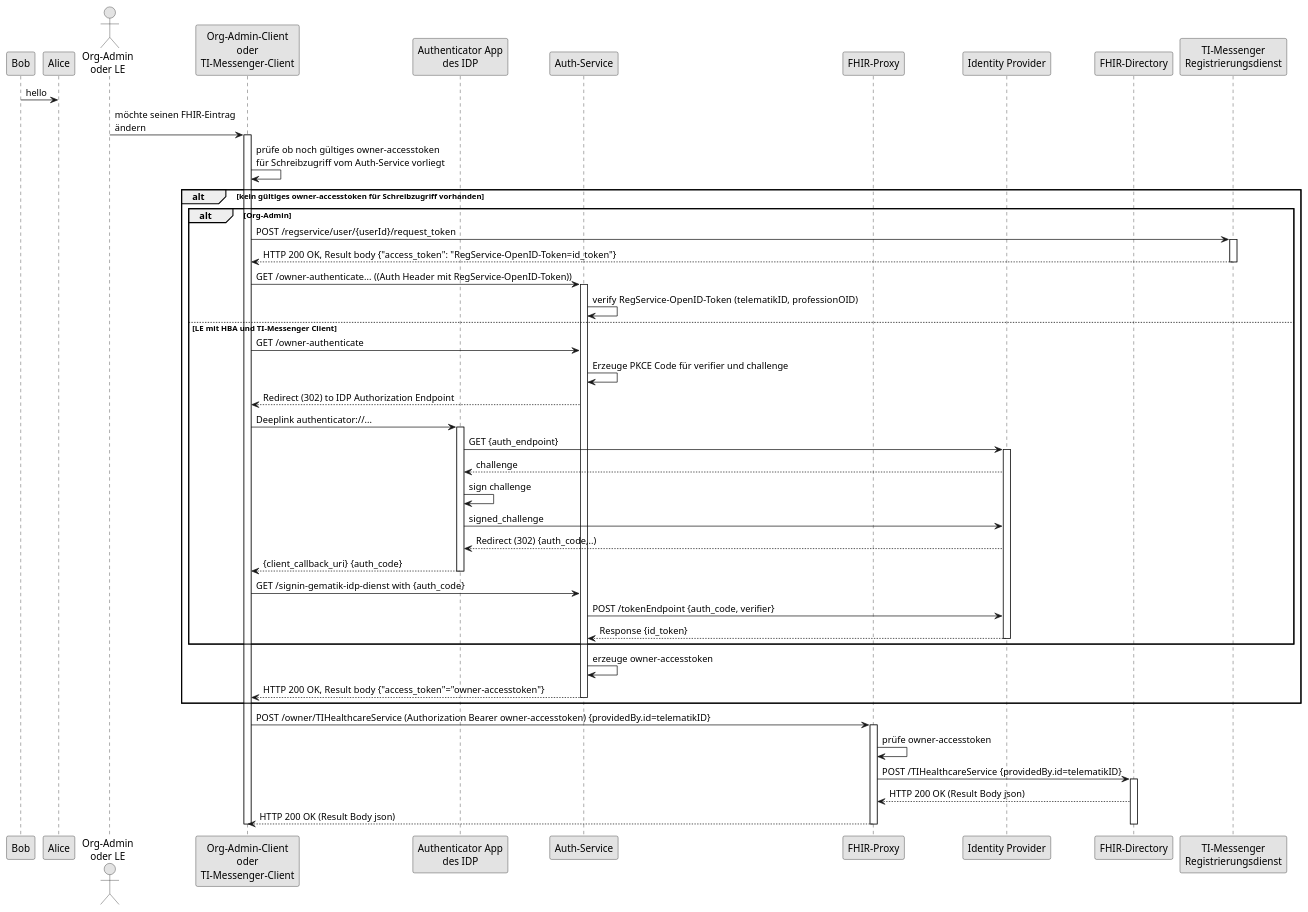
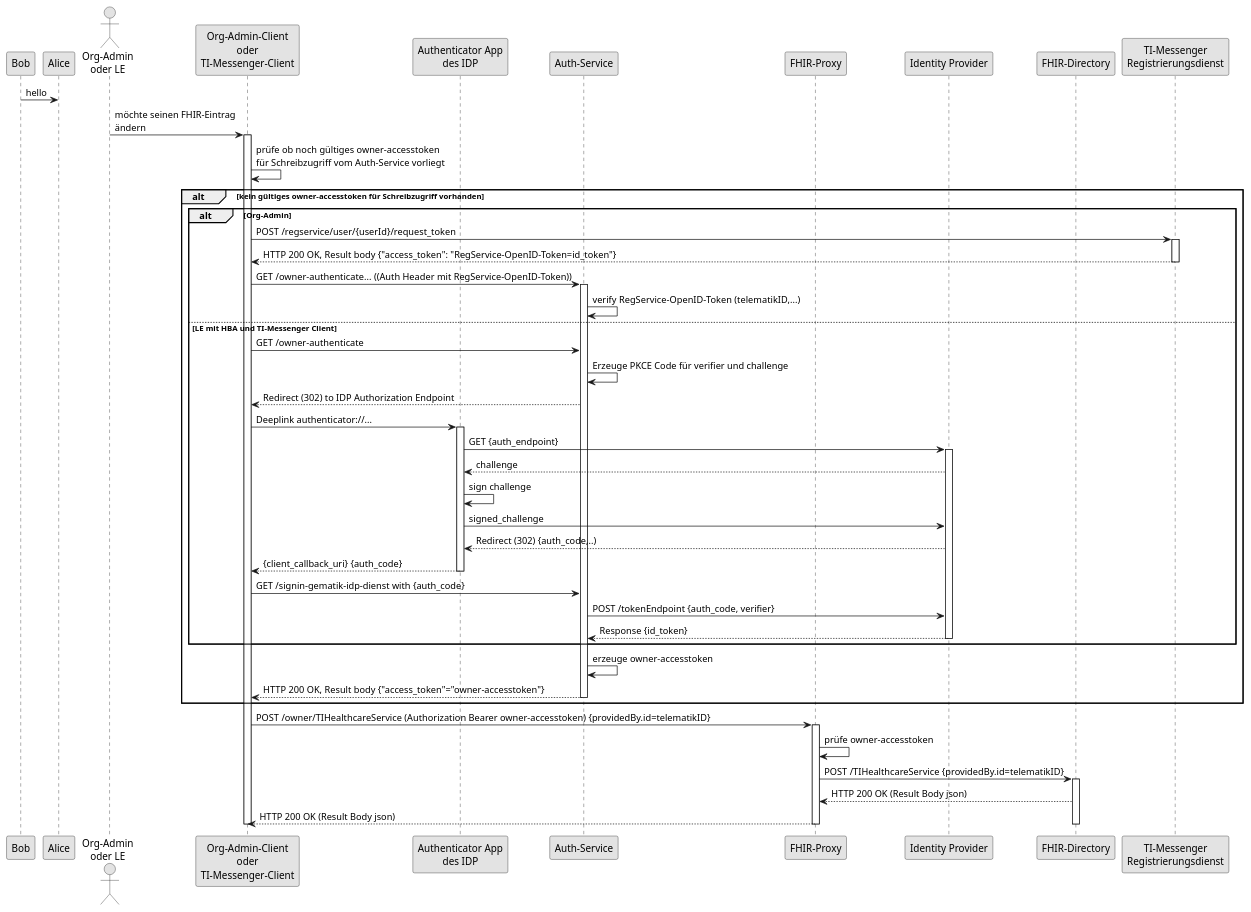
One commit to gematik/api-vzd changed the diagram in src/plantuml/SequenceDiagram.FHIR-Directory.owner.puml. Above: the diagram before and after it, drawn with PlantUML.

Commit message:
Updated verify RegService-OpenID-Token
Updated "verify RegService-OpenID-Token (telematikID,...)"
ProfessionOID will be not validated.

```diff
--- a/src/plantuml/SequenceDiagram.FHIR-Directory.owner.puml
+++ b/src/plantuml/SequenceDiagram.FHIR-Directory.owner.puml
@@ -1,65 +1,65 @@
 @startuml
 Bob -> Alice : hello
 
 skinparam dpi 100
 skinparam WrapWidth 200
 skinparam monochrome true
 
 'title "FHIR-Directory, Sequenzdiagram Änderung von eigenen Einträgen'
 actor o as "Org-Admin\noder LE"
 participant cl as "Org-Admin-Client\noder\nTI-Messenger-Client"
 participant aa as "Authenticator App\ndes IDP"
 participant au as "Auth-Service"
 participant fp as "FHIR-Proxy"
 participant idp as "Identity Provider"
 participant fd as "FHIR-Directory"
 participant rd as "TI-Messenger\nRegistrierungsdienst"
 o -> cl: möchte seinen FHIR-Eintrag\nändern
 activate cl
 cl -> cl: prüfe ob noch gültiges owner-accesstoken\nfür Schreibzugriff vom Auth-Service vorliegt
 alt kein gültiges owner-accesstoken für Schreibzugriff vorhanden
 alt Org-Admin
 cl -> rd: POST /regservice/user/{userId}/request_token
 activate rd
 rd --> cl: HTTP 200 OK, Result body {"access_token": "RegService-OpenID-Token=id_token"}
 deactivate rd
 cl -> au: GET /owner-authenticate... ((Auth Header mit RegService-OpenID-Token))
 activate au
-au -> au: verify RegService-OpenID-Token (telematikID, professionOID)
+au -> au: verify RegService-OpenID-Token (telematikID,...)
 else LE mit HBA und TI-Messenger Client
 cl -> au: GET /owner-authenticate
 au -> au: Erzeuge PKCE Code für verifier und challenge
 au --> cl: Redirect (302) to IDP Authorization Endpoint
 cl -> aa: Deeplink authenticator://...
 activate aa
 
 aa -> idp: GET {auth_endpoint}
 activate idp
 idp --> aa: challenge
 aa -> aa: sign challenge
 aa-> idp: signed_challenge
 idp --> aa: Redirect (302) {auth_code,..)
 aa --> cl: {client_callback_uri} {auth_code}
 deactivate aa
 
 cl -> au: GET /signin-gematik-idp-dienst with {auth_code}
 au -> idp: POST /tokenEndpoint {auth_code, verifier}
 idp --> au: Response {id_token}
 
 deactivate idp
 end
 au -> au: erzeuge owner-accesstoken
 au --> cl: HTTP 200 OK, Result body {"access_token"="owner-accesstoken"}
 deactivate au
 end
 cl -> fp: POST /owner/TIHealthcareService (Authorization Bearer owner-accesstoken) {providedBy.id=telematikID}
 activate fp
 fp -> fp: prüfe owner-accesstoken
 fp -> fd: POST /TIHealthcareService {providedBy.id=telematikID}
 activate fd
 fd --> fp: HTTP 200 OK (Result Body json)
 fp --> cl: HTTP 200 OK (Result Body json)
 deactivate fd
 deactivate fp
 deactivate cl
 @enduml
```
